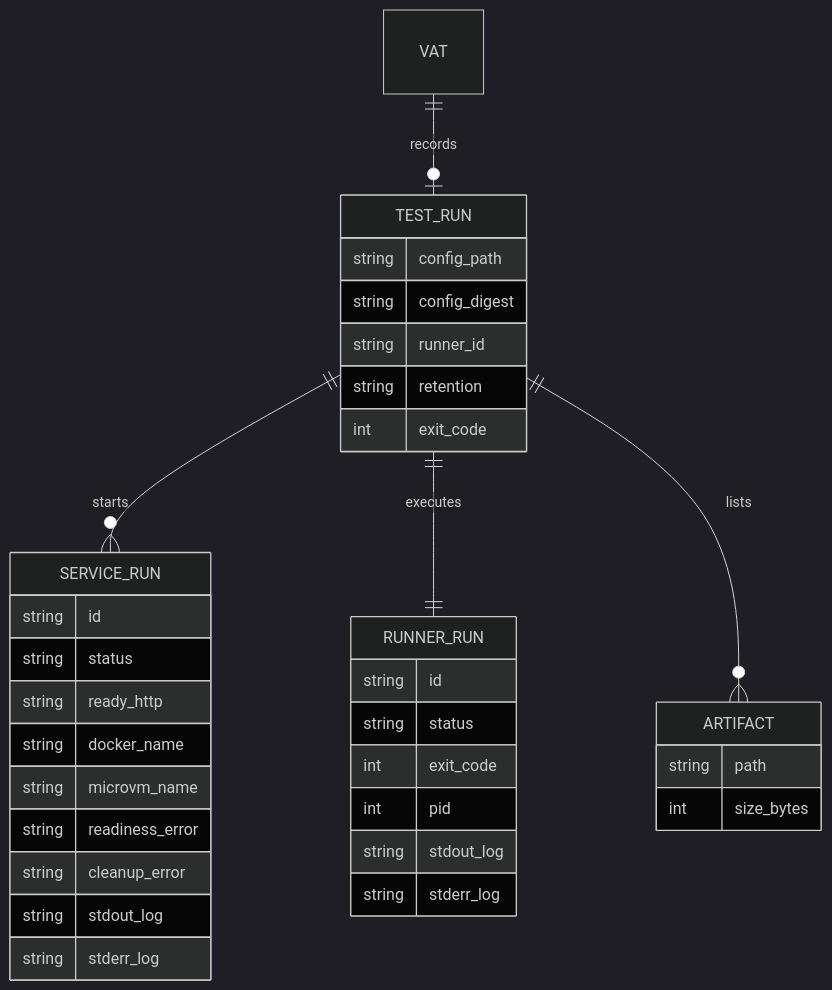
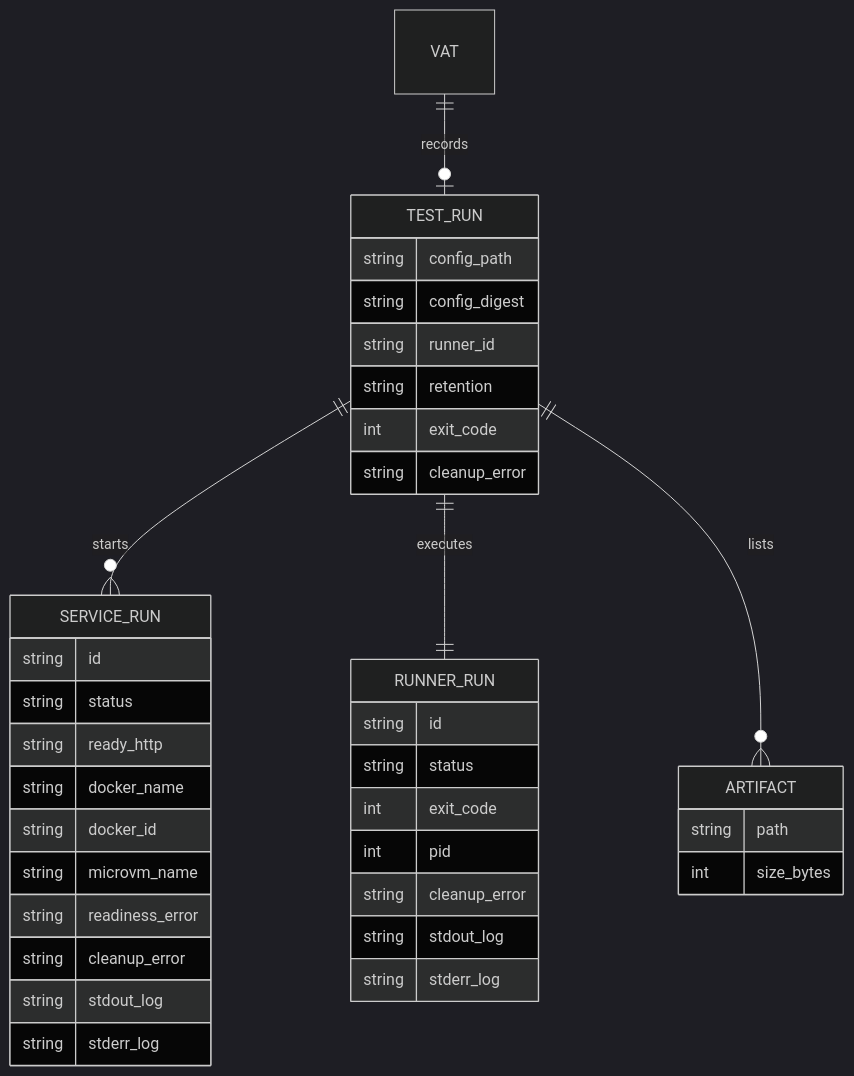
One commit to chrischeng-c4/axiom changed the fifth of 7 diagrams in apps/vat/tech-design/logic/local-agent-test-runner-protocol.md. Above: the diagram before and after it, drawn with Mermaid (dark theme). The commit also changed other lines of this file and 83 other files, not shown here.

````diff
--- a/apps/vat/tech-design/logic/local-agent-test-runner-protocol.md
+++ b/apps/vat/tech-design/logic/local-agent-test-runner-protocol.md
@@ -310,40 +334,43 @@
 ```mermaid
 ---
 id: vat-local-agent-test-runner-protocol-data-model
 ---
 erDiagram
     VAT ||--o| TEST_RUN : records
     TEST_RUN ||--o{ SERVICE_RUN : starts
     TEST_RUN ||--|| RUNNER_RUN : executes
     TEST_RUN ||--o{ ARTIFACT : lists
     TEST_RUN {
       string config_path
       string config_digest
       string runner_id
       string retention
       int exit_code
+      string cleanup_error
     }
     SERVICE_RUN {
       string id
       string status
       string ready_http
       string docker_name
+      string docker_id
       string microvm_name
       string readiness_error
       string cleanup_error
       string stdout_log
       string stderr_log
     }
     RUNNER_RUN {
       string id
       string status
       int exit_code
       int pid
+      string cleanup_error
       string stdout_log
       string stderr_log
     }
     ARTIFACT {
       string path
       int size_bytes
     }
 ```
````
